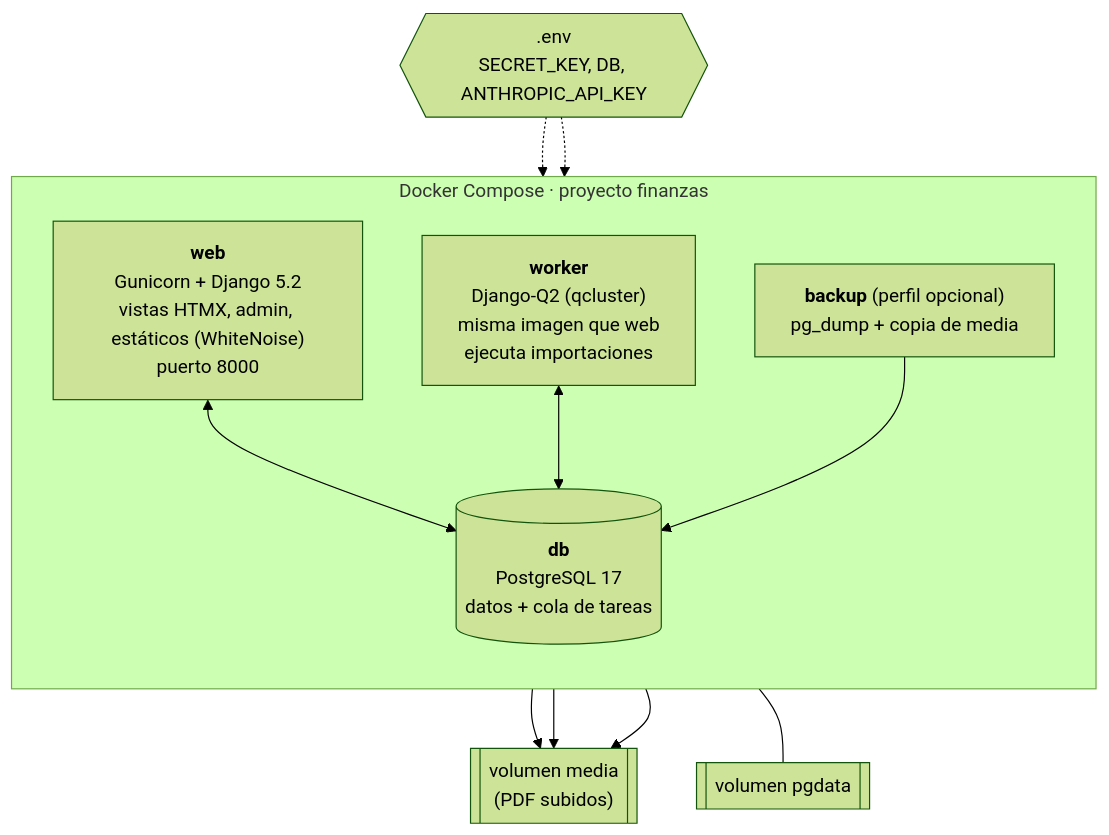
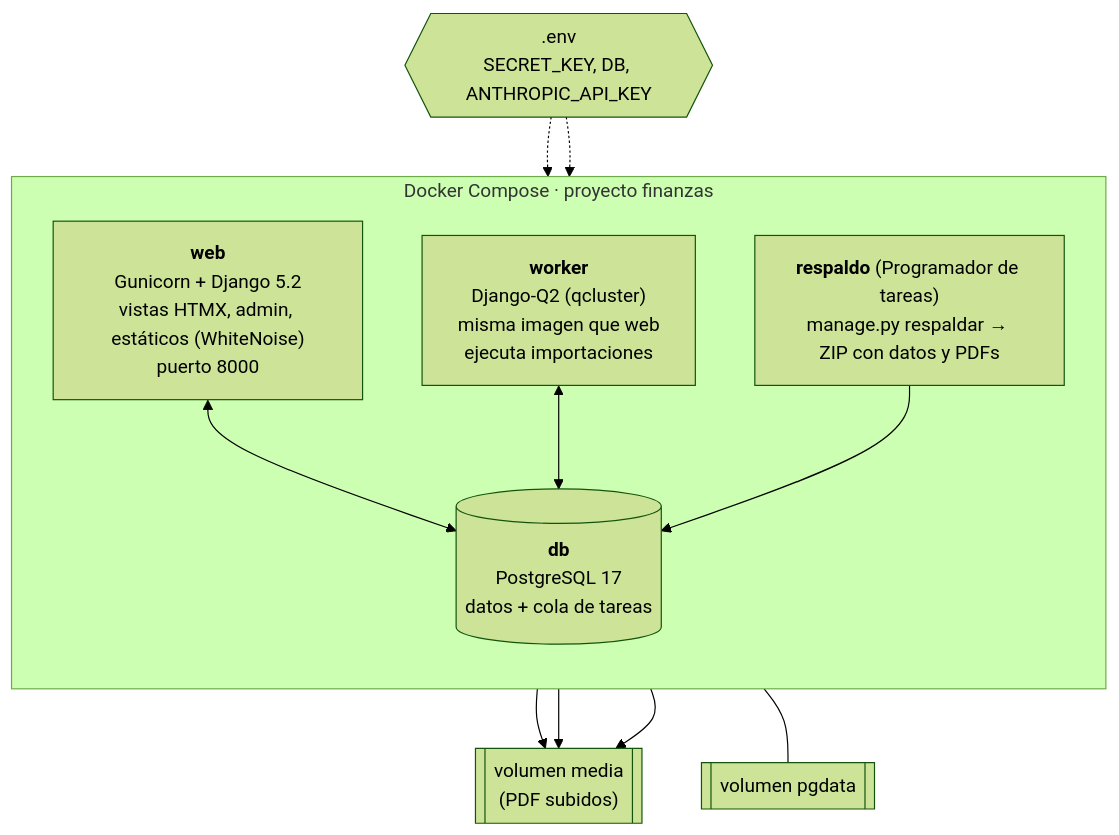
Before and after one commit to C354rzz/app_finanzas: the second of 7 diagrams in docs/ARQUITECTURA.md, drawn with Mermaid (forest theme). The commit also changed other lines of this file and 5 other files, not shown here.

````diff
--- a/docs/ARQUITECTURA.md
+++ b/docs/ARQUITECTURA.md
@@ -48,23 +48,23 @@
 ```mermaid
 flowchart TB
     subgraph host["Docker Compose · proyecto finanzas"]
         direction TB
         WEB["<b>web</b><br/>Gunicorn + Django 5.2<br/>vistas HTMX, admin, estáticos (WhiteNoise)<br/>puerto 8000"]
         WRK["<b>worker</b><br/>Django-Q2 (qcluster)<br/>misma imagen que web<br/>ejecuta importaciones"]
         DB[("<b>db</b><br/>PostgreSQL 17<br/>datos + cola de tareas")]
-        BK["<b>backup</b> (perfil opcional)<br/>pg_dump + copia de media"]
+        BK["<b>respaldo</b> (Programador de tareas)<br/>manage.py respaldar → ZIP con datos y PDFs"]
     end
     V1[["volumen pgdata"]]
     V2[["volumen media<br/>(PDF subidos)"]]
     ENV{{".env<br/>SECRET_KEY, DB, ANTHROPIC_API_KEY"}}
 
     WEB <--> DB
     WRK <--> DB
     WEB --> V2
     WRK --> V2
     DB --- V1
     BK --> DB
     BK --> V2
     ENV -.-> WEB
     ENV -.-> WRK
 ```
````
